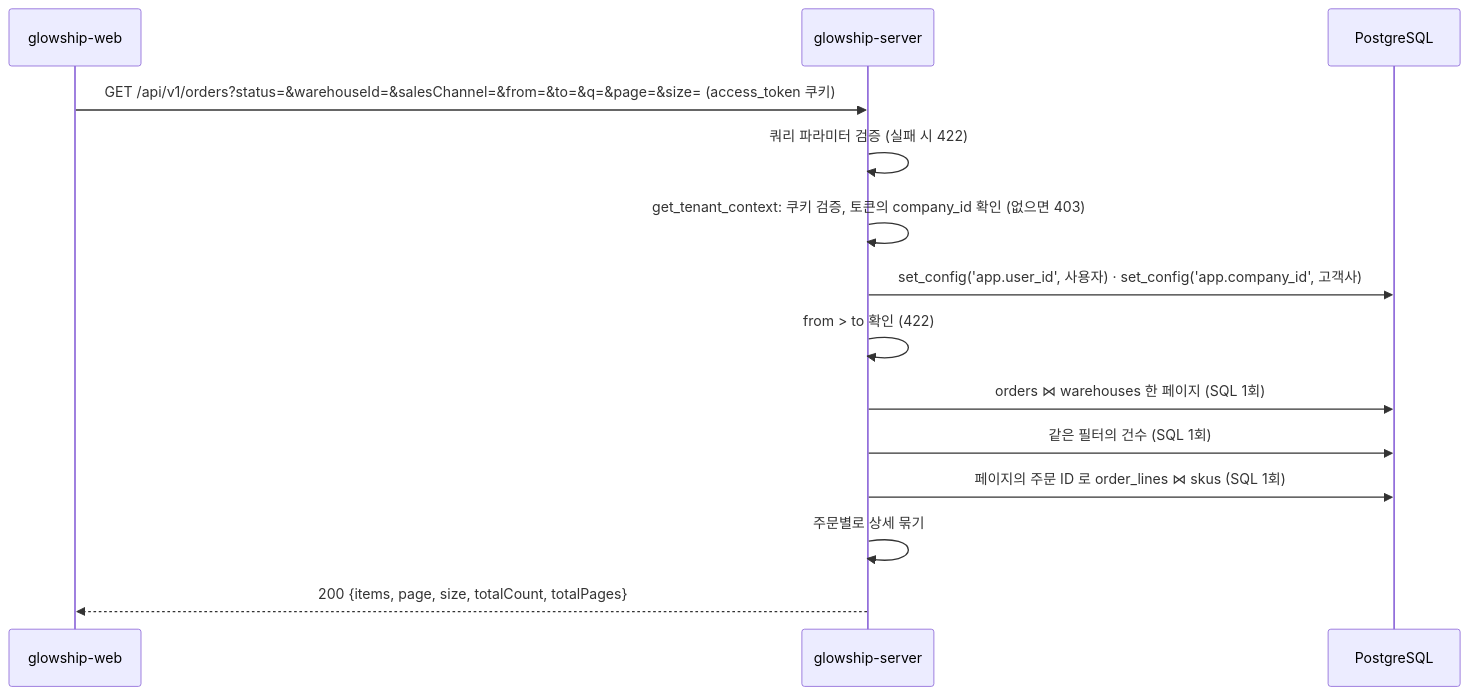
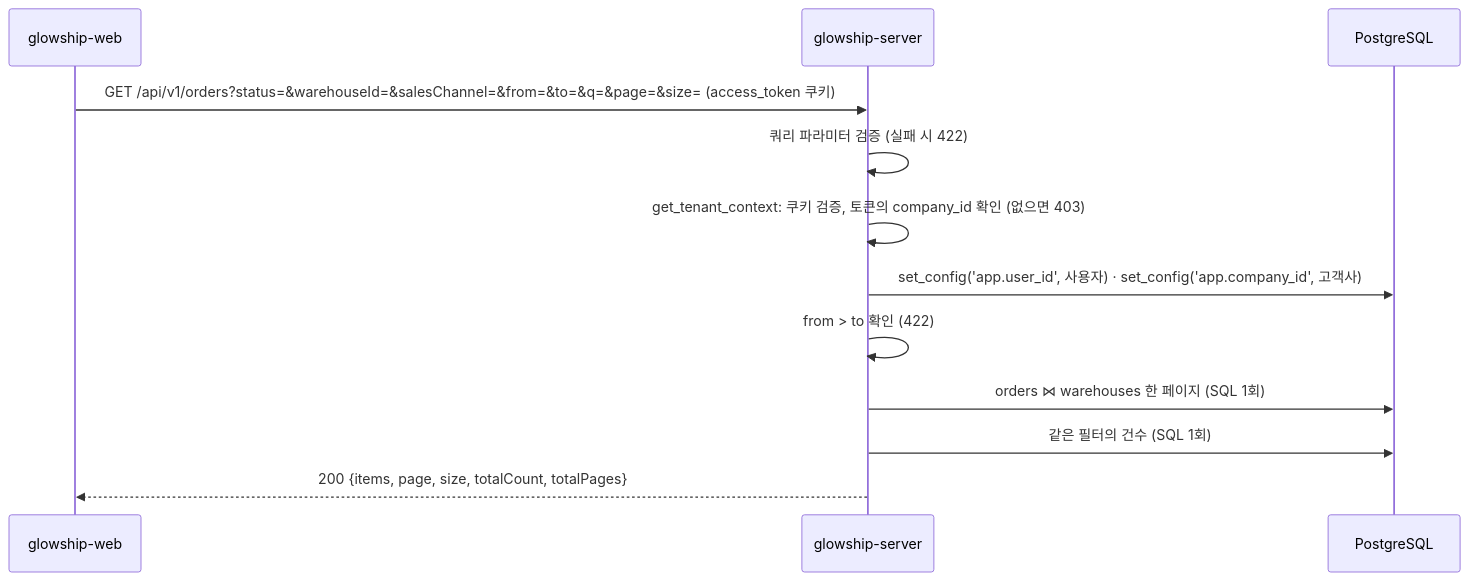
The diagram in docs/order/order-list.md (K-GlowShip/glowship-server), drawn with Mermaid before and after one commit. The commit also changed other lines of this file and 9 other files, not shown here.

First line of the commit message:
feat(order): 주문 상세 lines[] 를 보류해 응답에서 제외 #GLOW-109

````diff
--- a/docs/order/order-list.md
+++ b/docs/order/order-list.md
@@ -11,17 +13,15 @@
 ```mermaid
 sequenceDiagram
     participant W as glowship-web
     participant S as glowship-server
     participant DB as PostgreSQL
 
     W->>S: GET /api/v1/orders?status=&warehouseId=&salesChannel=&from=&to=&q=&page=&size= (access_token 쿠키)
     S->>S: 쿼리 파라미터 검증 (실패 시 422)
     S->>S: get_tenant_context: 쿠키 검증, 토큰의 company_id 확인 (없으면 403)
     S->>DB: set_config('app.user_id', 사용자) · set_config('app.company_id', 고객사)
     S->>S: from > to 확인 (422)
     S->>DB: orders ⋈ warehouses 한 페이지 (SQL 1회)
     S->>DB: 같은 필터의 건수 (SQL 1회)
-    S->>DB: 페이지의 주문 ID 로 order_lines ⋈ skus (SQL 1회)
-    S->>S: 주문별로 상세 묶기
     S-->>W: 200 {items, page, size, totalCount, totalPages}
 ```
````
